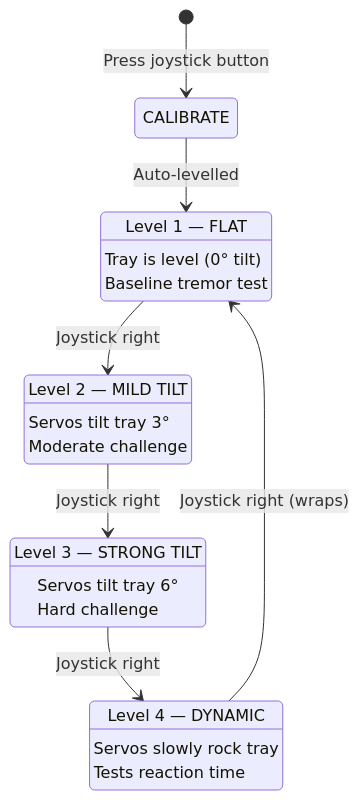
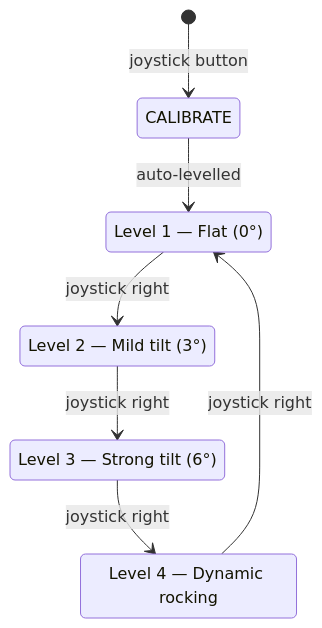
Before and after one commit to doyun-gu/hack-a-bot-2026: the fifth of 17 diagrams in docs/tremortray-proposal.md, drawn with Mermaid. The commit also changed other lines of this file and 3 other files, not shown here.

First line of the commit message:
Clean up diagrams + add EEE theory + ventilation application

````diff
--- a/docs/tremortray-proposal.md
+++ b/docs/tremortray-proposal.md
@@ -186,30 +142,18 @@
 ```mermaid
 stateDiagram-v2
-    [*] --> CALIBRATE: Press joystick button
+    [*] --> CALIBRATE: joystick button
 
-    CALIBRATE --> LEVEL1: Auto-levelled
+    CALIBRATE --> LEVEL1: auto-levelled
 
-    LEVEL1: Level 1 — FLAT
-    LEVEL1: Tray is level (0° tilt)
-    LEVEL1: Baseline tremor test
+    LEVEL1: Level 1 — Flat (0°)
+    LEVEL1 --> LEVEL2: joystick right
 
-    LEVEL1 --> LEVEL2: Joystick right
+    LEVEL2: Level 2 — Mild tilt (3°)
+    LEVEL2 --> LEVEL3: joystick right
 
-    LEVEL2: Level 2 — MILD TILT
-    LEVEL2: Servos tilt tray 3°
-    LEVEL2: Moderate challenge
+    LEVEL3: Level 3 — Strong tilt (6°)
+    LEVEL3 --> LEVEL4: joystick right
 
-    LEVEL2 --> LEVEL3: Joystick right
-
-    LEVEL3: Level 3 — STRONG TILT
-    LEVEL3: Servos tilt tray 6°
-    LEVEL3: Hard challenge
-
-    LEVEL3 --> LEVEL4: Joystick right
-
-    LEVEL4: Level 4 — DYNAMIC
-    LEVEL4: Servos slowly rock tray
-    LEVEL4: Tests reaction time
-
-    LEVEL4 --> LEVEL1: Joystick right (wraps)
+    LEVEL4: Level 4 — Dynamic rocking
+    LEVEL4 --> LEVEL1: joystick right
 ```
````
